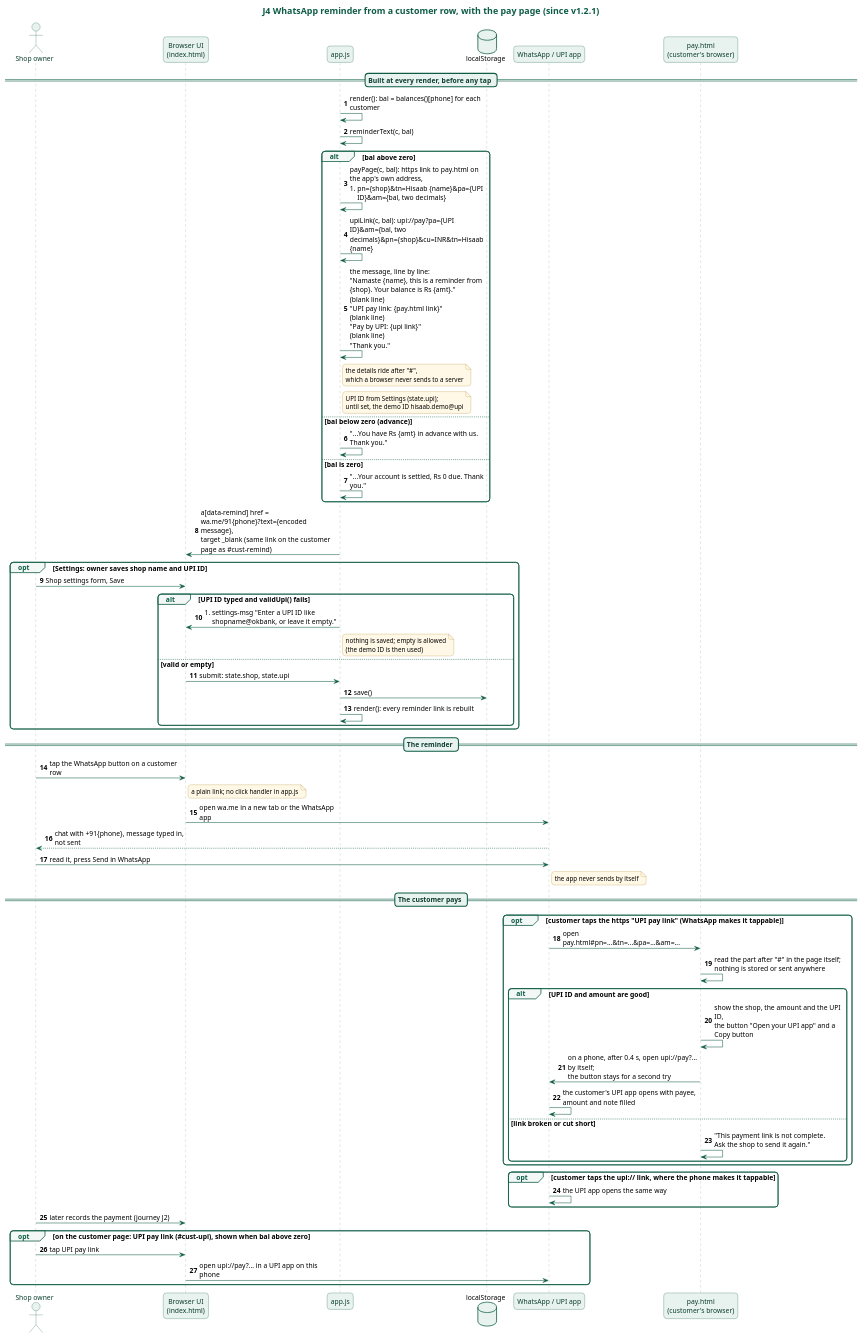
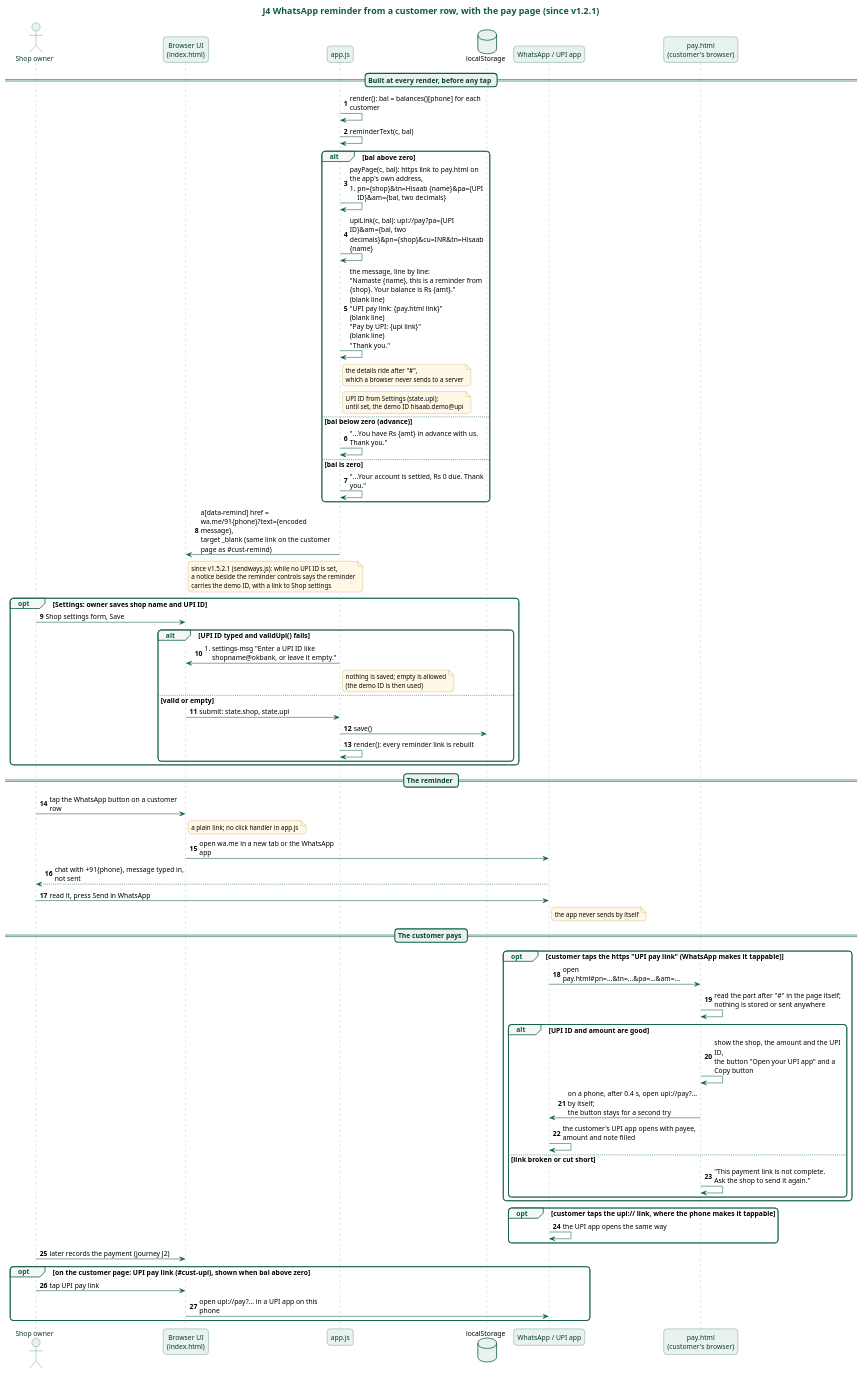
One commit to karwasanjay007/hisaab-docs changed the diagram in docs/diagrams/j4-whatsapp-reminder.puml. Above: the diagram before and after it, drawn with PlantUML. The commit also changed 17 other files, not shown here.

```diff
--- a/docs/diagrams/j4-whatsapp-reminder.puml
+++ b/docs/diagrams/j4-whatsapp-reminder.puml
@@ -1,100 +1,101 @@
 @startuml j4-whatsapp-reminder
 title J4 WhatsApp reminder from a customer row, with the pay page (since v1.2.1)
 skinparam backgroundColor white
 skinparam defaultFontName "Noto Sans"
 skinparam defaultFontSize 13
 skinparam roundCorner 12
 skinparam shadowing false
 skinparam maxMessageSize 260
 skinparam titleFontSize 17
 skinparam titleFontColor #0E5C45
 skinparam sequenceMessageAlign left
 skinparam responseMessageBelowArrow true
 skinparam sequence {
   ArrowColor #0E5C45
   LifeLineBorderColor #7FA89A
   LifeLineBackgroundColor #E8F2EE
   ParticipantBorderColor #0E5C45
   ParticipantBackgroundColor #E8F2EE
   ParticipantFontColor #0B3D2E
   ActorBorderColor #0E5C45
   ActorBackgroundColor #E8F2EE
   ActorFontColor #0B3D2E
   GroupBorderColor #0E5C45
   GroupHeaderFontColor #0E5C45
   GroupBackgroundColor #F3F8F6
   DividerBorderColor #0E5C45
   DividerBackgroundColor #E8F2EE
   DividerFontColor #0B3D2E
   BoxBorderColor #0E5C45
 }
 skinparam database {
   BorderColor #0E5C45
   BackgroundColor #E8F2EE
 }
 skinparam note {
   BorderColor #B08A2E
   BackgroundColor #FFF8E6
   FontSize 12
 }
 actor "Shop owner" as Owner
 participant "Browser UI\n(index.html)" as UI
 participant "app.js" as App
 database "localStorage" as LS
 participant "WhatsApp / UPI app" as WA
 participant "pay.html\n(customer's browser)" as Pay
 autonumber
 == Built at every render, before any tap ==
 App -> App : render(): bal = balances()[phone] for each customer
 App -> App : reminderText(c, bal)
 alt bal above zero
   App -> App : payPage(c, bal): https link to pay.html on the app's own address,\n#pn={shop}&tn=Hisaab {name}&pa={UPI ID}&am={bal, two decimals}
   App -> App : upiLink(c, bal): upi:~//pay?pa={UPI ID}&am={bal, two decimals}&pn={shop}&cu=INR&tn=Hisaab {name}
   App -> App : the message, line by line:\n"Namaste {name}, this is a reminder from {shop}. Your balance is Rs {amt}."\n(blank line)\n"UPI pay link: {pay.html link}"\n(blank line)\n"Pay by UPI: {upi link}"\n(blank line)\n"Thank you."
   note right of App : the details ride after "#",\nwhich a browser never sends to a server
   note right of App : UPI ID from Settings (state.upi);\nuntil set, the demo ID hisaab.demo@upi
 else bal below zero (advance)
   App -> App : "...You have Rs {amt} in advance with us. Thank you."
 else bal is zero
   App -> App : "...Your account is settled, Rs 0 due. Thank you."
 end
 App -> UI : a[data-remind] href = wa.me/91{phone}?text={encoded message},\ntarget _blank (same link on the customer page as #cust-remind)
+note right of UI : since v1.5.2.1 (sendways.js): while no UPI ID is set,\na notice beside the reminder controls says the reminder\ncarries the demo ID, with a link to Shop settings
 opt Settings: owner saves shop name and UPI ID
   Owner -> UI : Shop settings form, Save
   alt UPI ID typed and validUpi() fails
     App -> UI : #settings-msg "Enter a UPI ID like shopname@okbank, or leave it empty."
     note right of App : nothing is saved; empty is allowed\n(the demo ID is then used)
   else valid or empty
     UI -> App : submit: state.shop, state.upi
     App -> LS : save()
     App -> App : render(): every reminder link is rebuilt
   end
 end
 == The reminder ==
 Owner -> UI : tap the WhatsApp button on a customer row
 note right of UI : a plain link; no click handler in app.js
 UI -> WA : open wa.me in a new tab or the WhatsApp app
 WA --> Owner : chat with +91{phone}, message typed in, not sent
 Owner -> WA : read it, press Send in WhatsApp
 note right of WA : the app never sends by itself
 == The customer pays ==
 opt customer taps the https "UPI pay link" (WhatsApp makes it tappable)
   WA -> Pay : open pay.html#pn=...&tn=...&pa=...&am=...
   Pay -> Pay : read the part after "#" in the page itself;\nnothing is stored or sent anywhere
   alt UPI ID and amount are good
     Pay -> Pay : show the shop, the amount and the UPI ID,\nthe button "Open your UPI app" and a Copy button
     Pay -> WA : on a phone, after 0.4 s, open upi:~//pay?... by itself;\nthe button stays for a second try
     WA -> WA : the customer's UPI app opens with payee, amount and note filled
   else link broken or cut short
     Pay -> Pay : "This payment link is not complete.\nAsk the shop to send it again."
   end
 end
 opt customer taps the upi:~// link, where the phone makes it tappable
   WA -> WA : the UPI app opens the same way
 end
 Owner -> UI : later records the payment (journey J2)
 opt on the customer page: UPI pay link (#cust-upi), shown when bal above zero
   Owner -> UI : tap UPI pay link
   UI -> WA : open upi:~//pay?... in a UPI app on this phone
 end
 @enduml
```
